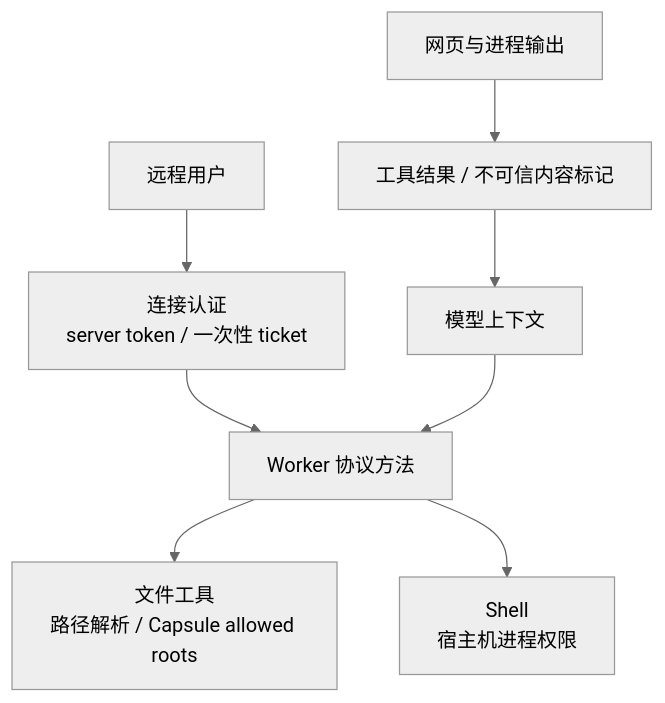
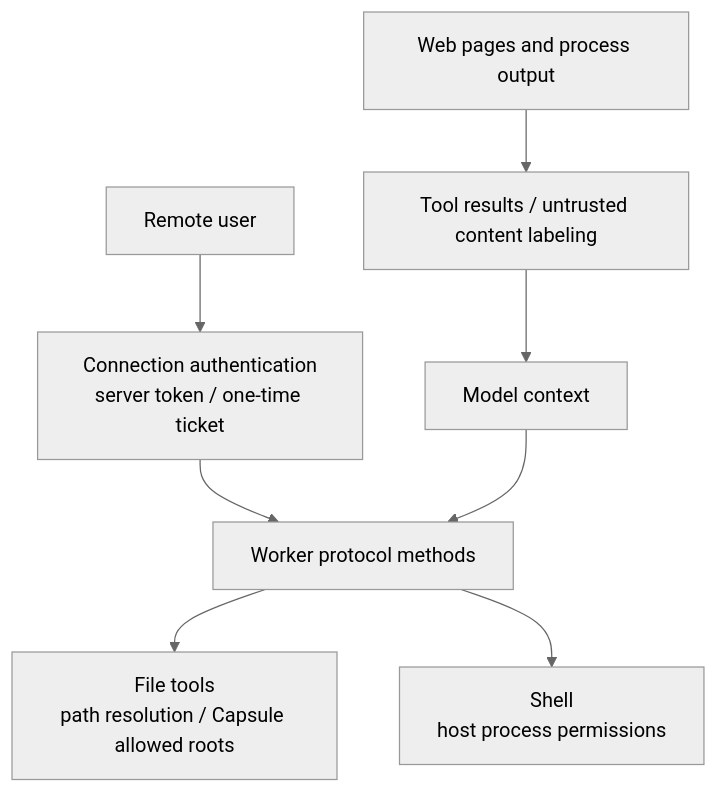
Before and after one commit to Azzurroooo/rind: the diagram in docs/internals/08-engineering/trust-boundaries.md, drawn with Mermaid (neutral theme). The commit also changed other lines of this file and 109 other files, not shown here.

```diff
--- a/docs/internals/08-engineering/trust-boundaries.md
+++ b/docs/internals/08-engineering/trust-boundaries.md
@@ -5,10 +7,10 @@
 ~~~mermaid
 flowchart TD
-    U["远程用户"] --> A["连接认证<br/>server token / 一次性 ticket"]
-    A --> W["Worker 协议方法"]
-    W --> F["文件工具<br/>路径解析 / Capsule allowed roots"]
-    W --> S["Shell<br/>宿主机进程权限"]
-    X["网页与进程输出"] --> N["工具结果 / 不可信内容标记"]
-    N --> M["模型上下文"]
+    U["Remote user"] --> A["Connection authentication<br/>server token / one-time ticket"]
+    A --> W["Worker protocol methods"]
+    W --> F["File tools<br/>path resolution / Capsule allowed roots"]
+    W --> S["Shell<br/>host process permissions"]
+    X["Web pages and process output"] --> N["Tool results / untrusted content labeling"]
+    N --> M["Model context"]
     M --> W
 ~~~
```
